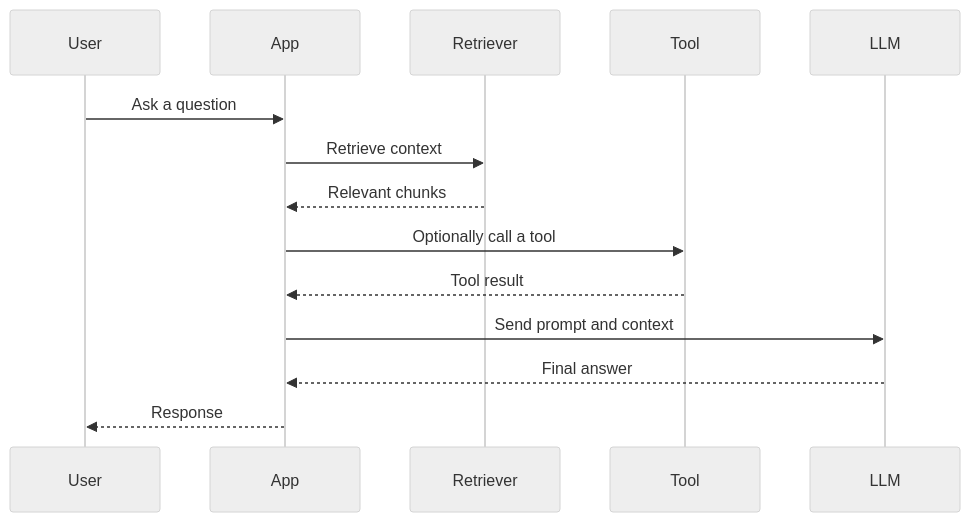
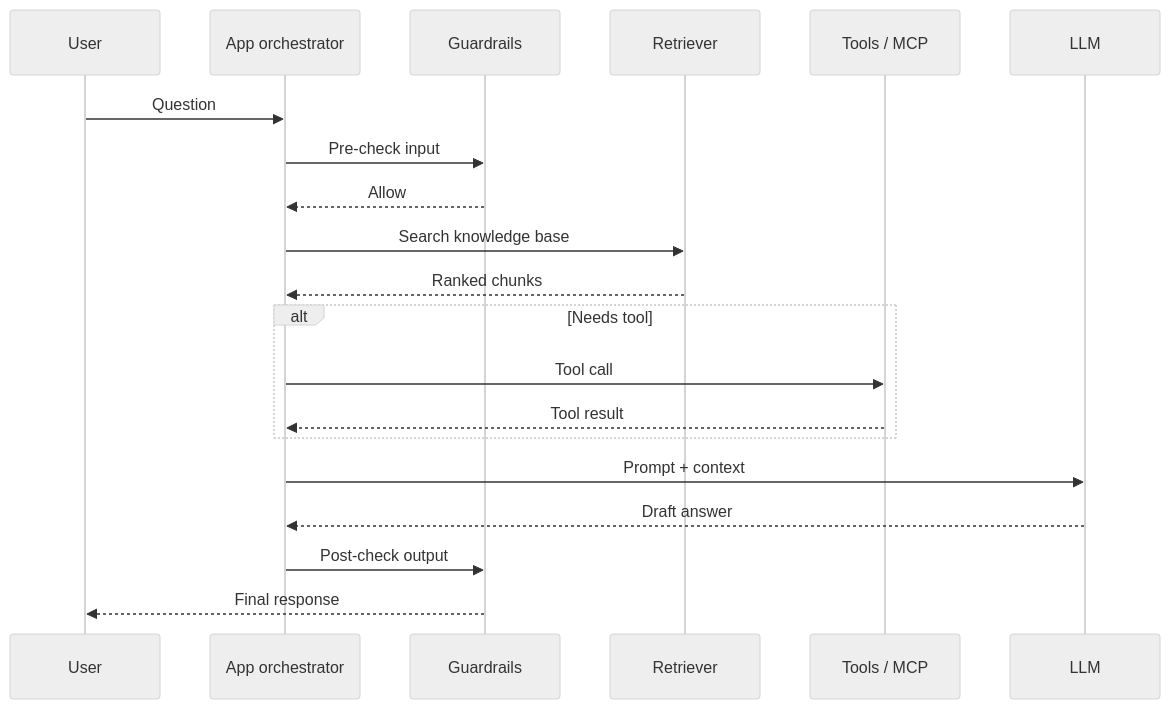
One commit to Asabeneh/30-Days-Of-AI-Engineering changed the fifth of 11 diagrams in day_26/day_26_langchain.md. Above: the diagram before and after it, drawn with Mermaid (neutral theme). The commit also changed other lines of this file and 49 other files, not shown here.

````diff
--- a/day_26/day_26_langchain.md
+++ b/day_26/day_26_langchain.md
@@ -211,17 +287,23 @@
 ```mermaid
 sequenceDiagram
-        participant U as User
-        participant A as App
-        participant R as Retriever
-        participant T as Tool
-        participant L as LLM
+    participant U as User
+    participant A as App orchestrator
+    participant G as Guardrails
+    participant R as Retriever
+    participant T as Tools / MCP
+    participant L as LLM
 
-        U->>A: Ask a question
-        A->>R: Retrieve context
-        R-->>A: Relevant chunks
-        A->>T: Optionally call a tool
+    U->>A: Question
+    A->>G: Pre-check input
+    G-->>A: Allow
+    A->>R: Search knowledge base
+    R-->>A: Ranked chunks
+    alt Needs tool
+        A->>T: Tool call
         T-->>A: Tool result
-        A->>L: Send prompt and context
-        L-->>A: Final answer
-        A-->>U: Response
+    end
+    A->>L: Prompt + context
+    L-->>A: Draft answer
+    A->>G: Post-check output
+    G-->>U: Final response
 ```
````
